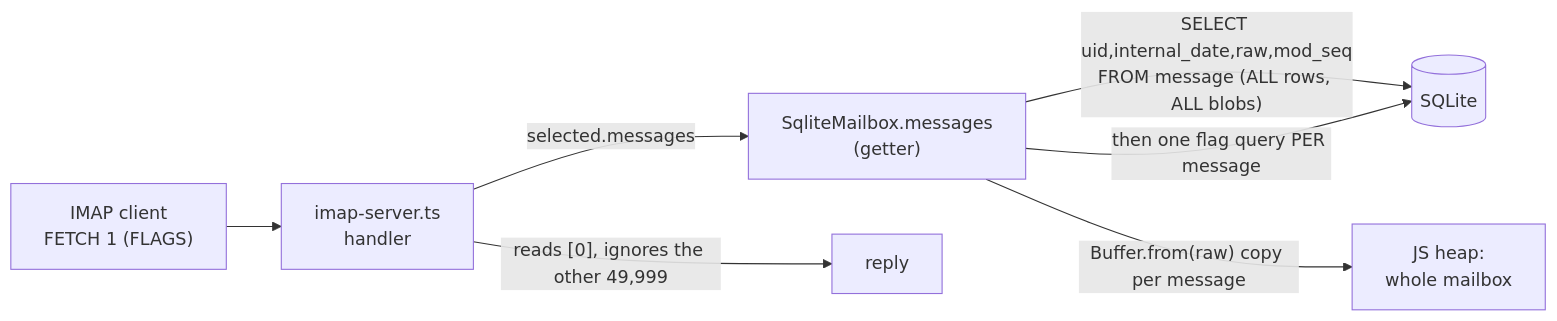
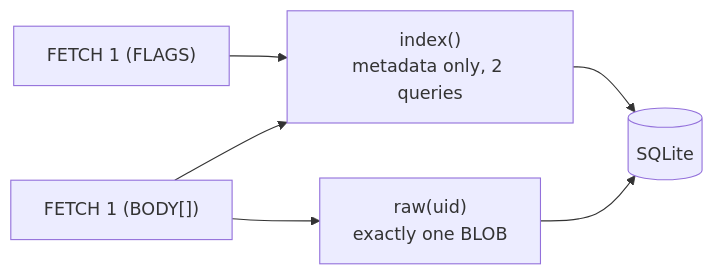
The diagram in docs/PERFORMANCE.md (jamie-lord/cutiemail), drawn with Mermaid before and after one commit. The commit also changed other lines of this file and 39 other files, not shown here.

````diff
--- a/docs/PERFORMANCE.md
+++ b/docs/PERFORMANCE.md
@@ -41,9 +54,8 @@
 ```mermaid
 flowchart LR
-    C["IMAP client<br/>FETCH 1 (FLAGS)"] --> H["imap-server.ts<br/>handler"]
-    H -->|"selected.messages"| G["SqliteMailbox.messages<br/>(getter)"]
-    G -->|"SELECT uid,internal_date,raw,mod_seq<br/>FROM message (ALL rows, ALL blobs)"| DB[(SQLite)]
-    G -->|"then one flag query PER message"| DB
-    G -->|"Buffer.from(raw) copy per message"| HEAP["JS heap:<br/>whole mailbox"]
-    H -->|"reads [0], ignores the other 49,999"| R["reply"]
+    C["FETCH 1 (FLAGS)"] --> IDX["index()<br/>metadata only, 2 queries"]
+    C2["FETCH 1 (BODY[])"] --> IDX
+    C2 --> RAW["raw(uid)<br/>exactly one BLOB"]
+    IDX --> DB[(SQLite)]
+    RAW --> DB
 ```
````
